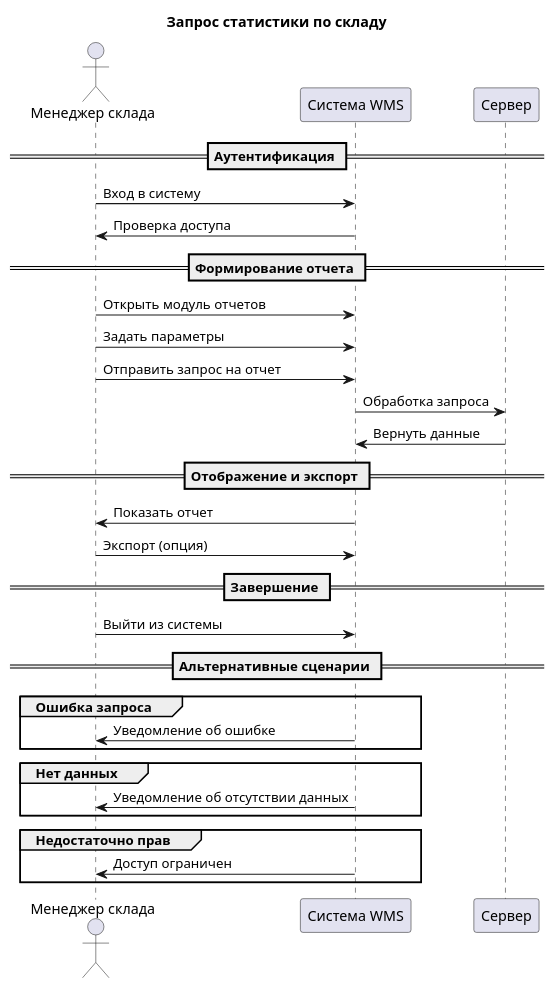
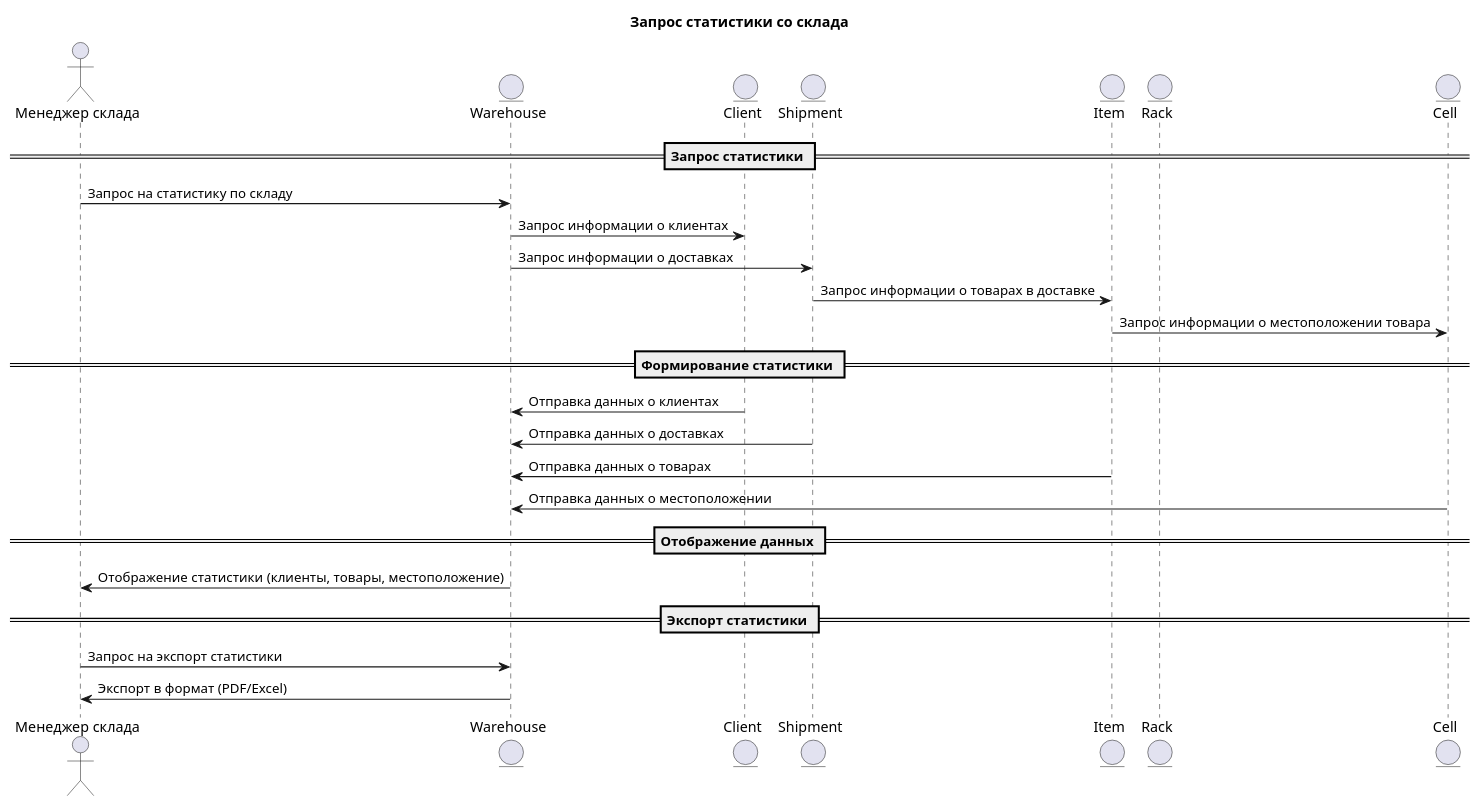
The diagram in Precedents/Запрос статистики по складу/Диаграмма последовательности.md (penamarth/bsbo-14-22_team5_var6), drawn with PlantUML before and after one commit. The commit also changed 9 other files, not shown here.

````diff
--- a/Precedents/Запрос статистики по складу/Диаграмма последовательности.md
+++ b/Precedents/Запрос статистики по складу/Диаграмма последовательности.md
@@ -1,41 +1,34 @@
 ```plantuml
 @startuml
 actor "Менеджер склада" as warehouseManager
-participant "Система WMS" as wmsSystem
-participant "Сервер" as server
+entity "Warehouse" as warehouse
+entity "Client" as client
+entity "Shipment" as shipment
+entity "Item" as item
+entity "Rack" as rack
+entity "Cell" as cell
 
-title Запрос статистики по складу
+title Запрос статистики со склада
 
-== Аутентификация ==
-warehouseManager -> wmsSystem: Вход в систему
-wmsSystem -> warehouseManager: Проверка доступа
+== Запрос статистики ==
+warehouseManager -> warehouse: Запрос на статистику по складу
+warehouse -> client: Запрос информации о клиентах
+warehouse -> shipment: Запрос информации о доставках
+shipment -> item: Запрос информации о товарах в доставке
+item -> cell: Запрос информации о местоположении товара
 
-== Формирование отчета ==
-warehouseManager -> wmsSystem: Открыть модуль отчетов
-warehouseManager -> wmsSystem: Задать параметры
-warehouseManager -> wmsSystem: Отправить запрос на отчет
-wmsSystem -> server: Обработка запроса
-server -> wmsSystem: Вернуть данные
+== Формирование статистики ==
+client -> warehouse: Отправка данных о клиентах
+shipment -> warehouse: Отправка данных о доставках
+item -> warehouse: Отправка данных о товарах
+cell -> warehouse: Отправка данных о местоположении
 
-== Отображение и экспорт ==
-wmsSystem -> warehouseManager: Показать отчет
-warehouseManager -> wmsSystem: Экспорт (опция)
+== Отображение данных ==
+warehouse -> warehouseManager: Отображение статистики (клиенты, товары, местоположение)
 
-== Завершение ==
-warehouseManager -> wmsSystem: Выйти из системы
-
-== Альтернативные сценарии ==
-group Ошибка запроса
-    wmsSystem -> warehouseManager: Уведомление об ошибке
-end
-
-group Нет данных
-    wmsSystem -> warehouseManager: Уведомление об отсутствии данных
-end
-
-group Недостаточно прав
-    wmsSystem -> warehouseManager: Доступ ограничен
-end
+== Экспорт статистики ==
+warehouseManager -> warehouse: Запрос на экспорт статистики
+warehouse -> warehouseManager: Экспорт в формат (PDF/Excel)
 
 @enduml
 ```
````
